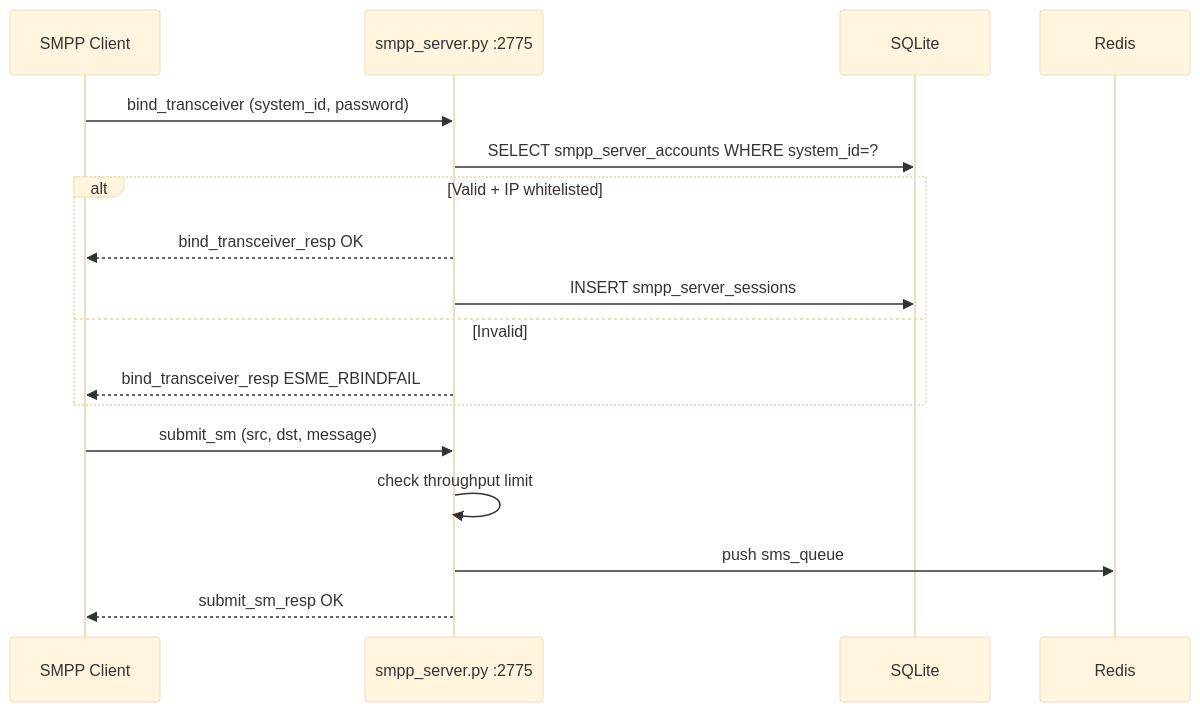
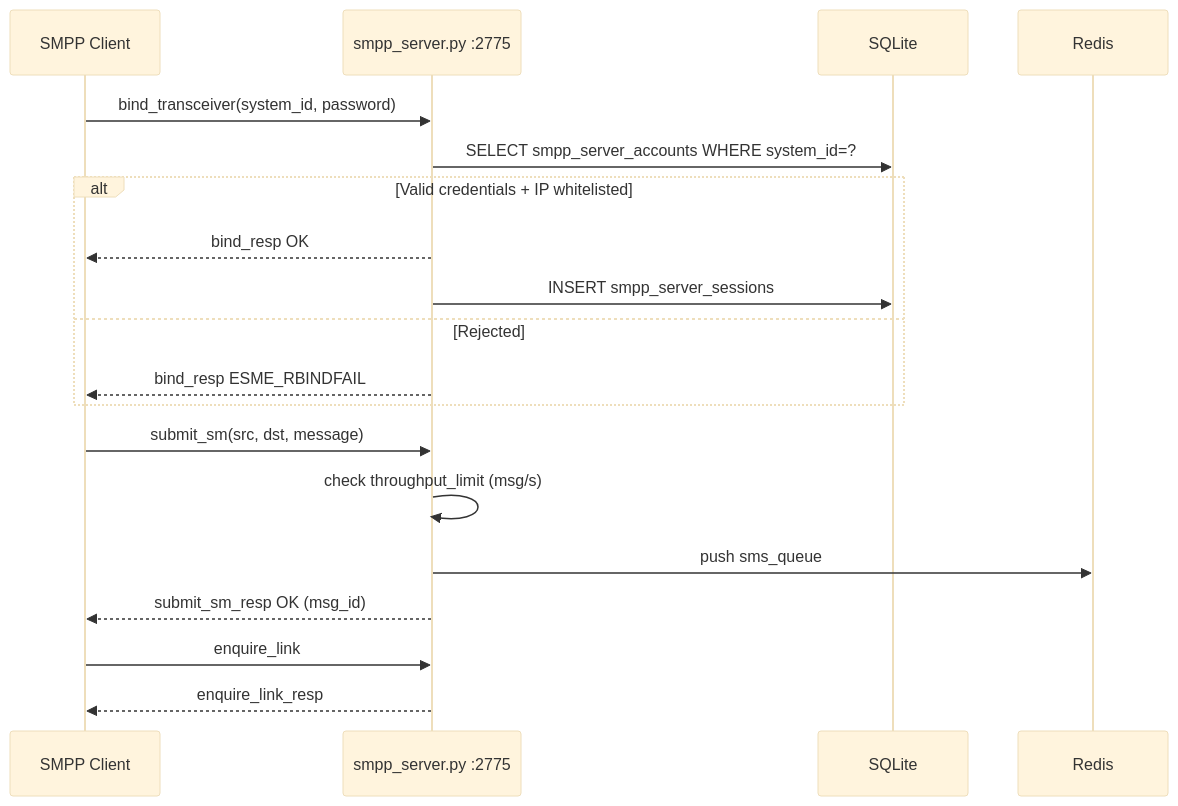
Before and after one commit to Adnan5740/sigmapanel-ci: the third of 4 diagrams in README.md, drawn with Mermaid (base theme). The commit also changed other lines of this file and 4 other files, not shown here.

````diff
--- a/README.md
+++ b/README.md
@@ -55,20 +72,21 @@
 ```mermaid
 sequenceDiagram
     participant C as SMPP Client
     participant S as smpp_server.py :2775
     participant DB as SQLite
 
-    C->>S: bind_transceiver (system_id, password)
+    C->>S: bind_transceiver(system_id, password)
     S->>DB: SELECT smpp_server_accounts WHERE system_id=?
-    alt Valid + IP whitelisted
-        S-->>C: bind_transceiver_resp OK
+    alt Valid credentials + IP whitelisted
+        S-->>C: bind_resp OK
         S->>DB: INSERT smpp_server_sessions
-    else Invalid
-        S-->>C: bind_transceiver_resp ESME_RBINDFAIL
+    else Rejected
+        S-->>C: bind_resp ESME_RBINDFAIL
     end
-
-    C->>S: submit_sm (src, dst, message)
-    S->>S: check throughput limit
+    C->>S: submit_sm(src, dst, message)
+    S->>S: check throughput_limit (msg/s)
     S->>Redis: push sms_queue
-    S-->>C: submit_sm_resp OK
+    S-->>C: submit_sm_resp OK (msg_id)
+    C->>S: enquire_link
+    S-->>C: enquire_link_resp
 ```
````
